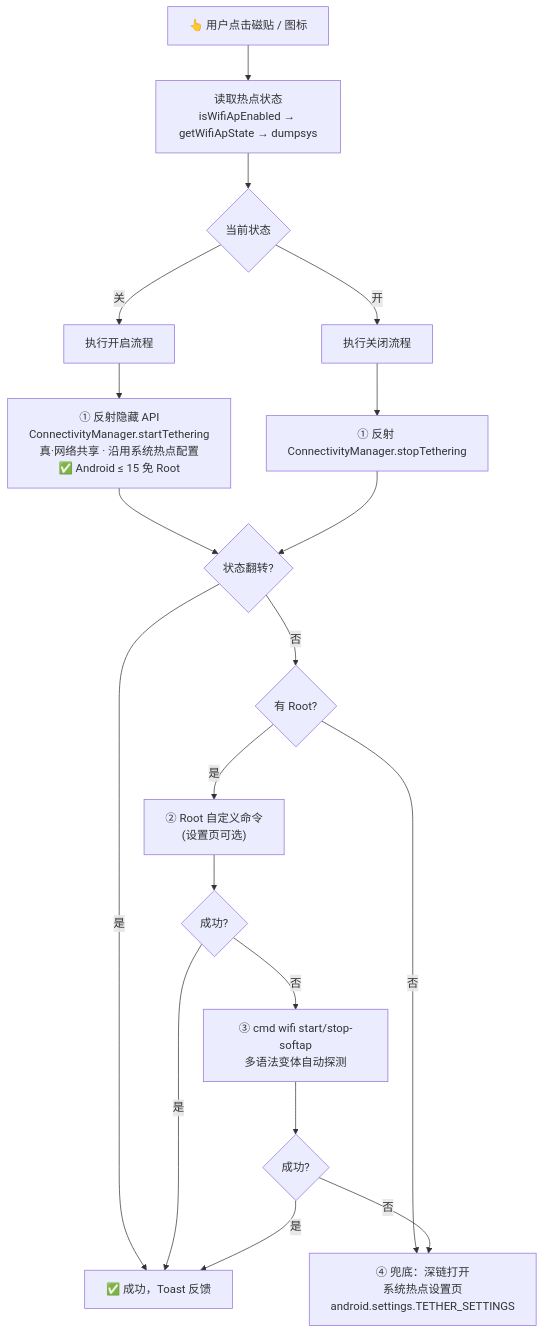
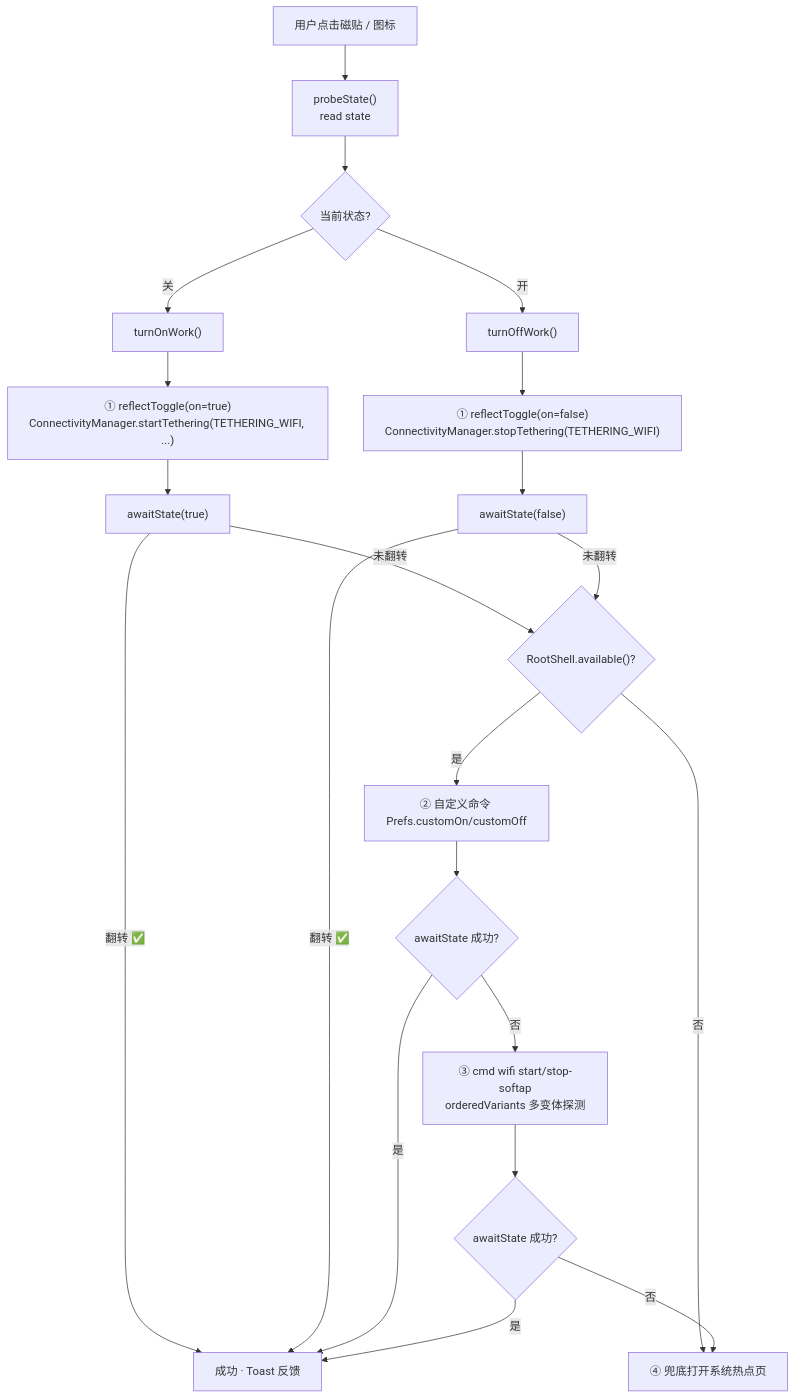
Before and after one commit to RayMorTwinkle/HotspotTile: the second of 5 diagrams in README.md, drawn with Mermaid. The commit also changed other lines of this file and 2 other files, not shown here.

Commit message:
docs: 重写 README（中英双语 + 架构图 + 图标）

````diff
--- a/README.md
+++ b/README.md
@@ -57,25 +206,26 @@
 ```mermaid
 flowchart TD
-    A["👆 用户点击磁贴 / 图标"] --> B["读取热点状态<br/>isWifiApEnabled → getWifiApState → dumpsys"]
-    B --> C{"当前状态"}
-    C -->|关| D["执行开启流程"]
-    C -->|开| E["执行关闭流程"]
+  A["用户点击磁贴 / 图标"] --> B["probeState()<br/>read state"]
+  B --> C{"当前状态?"}
+  C -->|关| D["turnOnWork()"]
+  C -->|开| E["turnOffWork()"]
 
-    D --> F["① 反射隐藏 API<br/>ConnectivityManager.startTethering<br/>真·网络共享 · 沿用系统热点配置<br/>✅ Android ≤ 15 免 Root"]
-    E --> G["① 反射 ConnectivityManager.stopTethering"]
+  D --> F["① reflectToggle(on=true)<br/>ConnectivityManager.startTethering(TETHERING_WIFI, ...)"]
+  E --> G["① reflectToggle(on=false)<br/>ConnectivityManager.stopTethering(TETHERING_WIFI)"]
+  F --> H["awaitState(true)"]
+  G --> I["awaitState(false)"]
 
-    F --> H{"状态翻转?"}
-    G --> H
-    H -->|是| I["✅ 成功，Toast 反馈"]
-    H -->|否| J{"有 Root?"}
+  H -->|翻转 ✅| OK["成功 · Toast 反馈"]
+  I -->|翻转 ✅| OK
+  H -->|未翻转| J{"RootShell.available()?"}
+  I -->|未翻转| J
 
-    J -->|是| K["② Root 自定义命令<br/>(设置页可选)"]
-    K --> L{"成功?"}
-    L -->|否| M["③ cmd wifi start/stop-softap<br/>多语法变体自动探测"]
-    M --> N{"成功?"}
-    L -->|是| I
-    N -->|是| I
-
-    J -->|否| O
-    N -->|否| O["④ 兜底：深链打开<br/>系统热点设置页<br/>android.settings.TETHER_SETTINGS"]
+  J -->|否| FB["④ 兜底打开系统热点页"]
+  J -->|是| K["② 自定义命令 Prefs.customOn/customOff"]
+  K --> L{"awaitState 成功?"}
+  L -->|是| OK
+  L -->|否| M["③ cmd wifi start/stop-softap<br/>orderedVariants 多变体探测"]
+  M --> N{"awaitState 成功?"}
+  N -->|是| OK
+  N -->|否| FB
 ```
````
